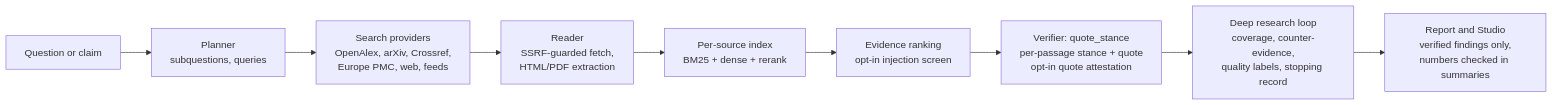
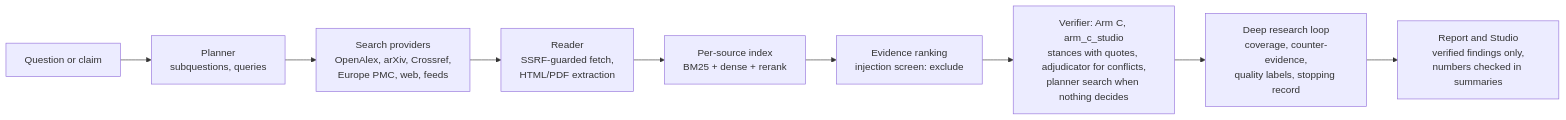
Before and after one commit to JeetMakadiya9/multi-agent-rag-research: the first of 2 diagrams in README.md, drawn with Mermaid. The commit also changed other lines of this file and 31 other files, not shown here.

````diff
--- a/README.md
+++ b/README.md
@@ -48,11 +48,11 @@
 ```mermaid
 flowchart LR
     Q[Question or claim] --> P[Planner<br/>subquestions, queries]
     P --> S[Search providers<br/>OpenAlex, arXiv, Crossref,<br/>Europe PMC, web, feeds]
     S --> R[Reader<br/>SSRF-guarded fetch,<br/>HTML/PDF extraction]
     R --> I[Per-source index<br/>BM25 + dense + rerank]
-    I --> E[Evidence ranking<br/>opt-in injection screen]
-    E --> V[Verifier: quote_stance<br/>per-passage stance + quote<br/>opt-in quote attestation]
+    I --> E[Evidence ranking<br/>injection screen: exclude]
+    E --> V[Verifier: Arm C, arm_c_studio<br/>stances with quotes, adjudicator for conflicts,<br/>planner search when nothing decides]
     V --> D[Deep research loop<br/>coverage, counter-evidence,<br/>quality labels, stopping record]
     D --> O[Report and Studio<br/>verified findings only,<br/>numbers checked in summaries]
 ```
````
